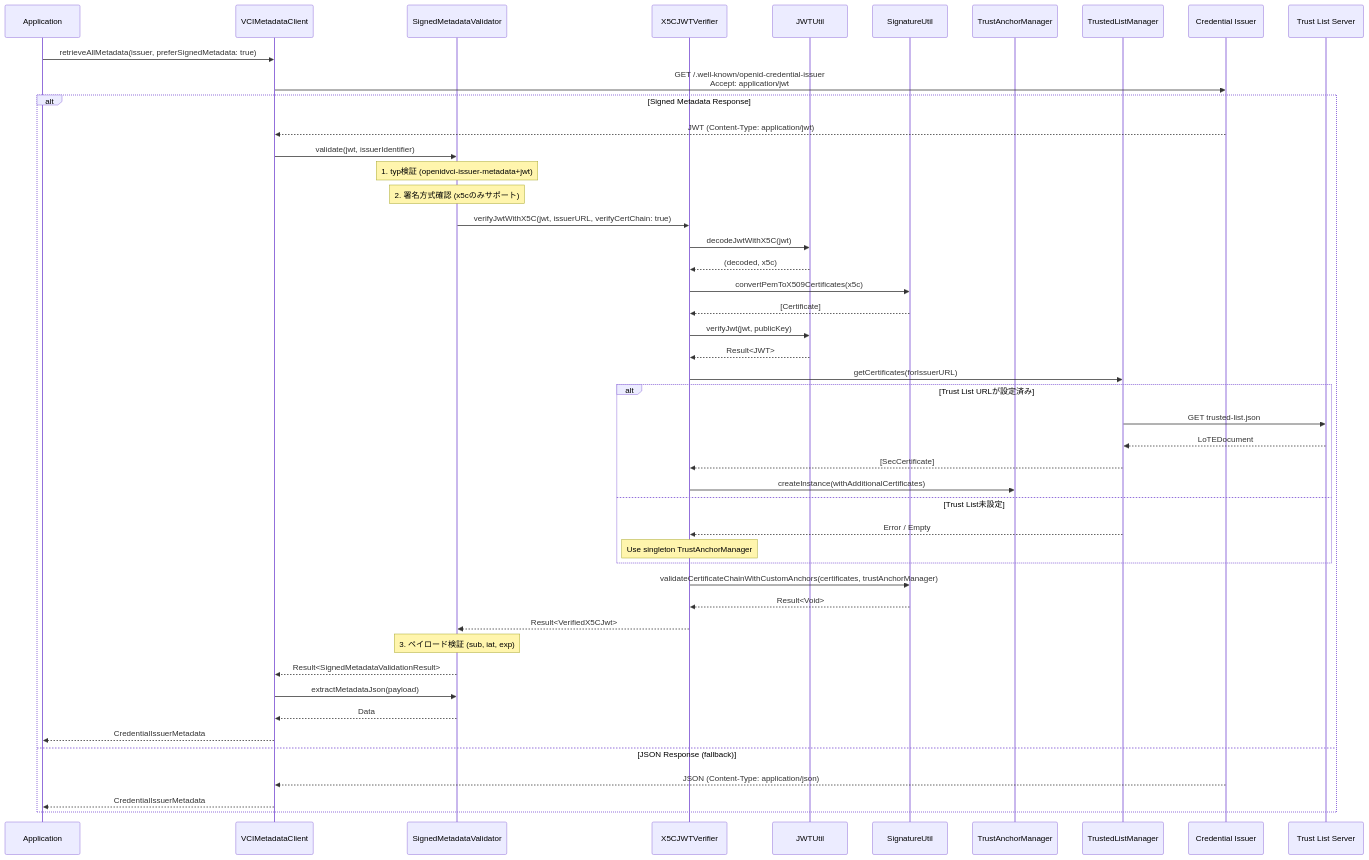
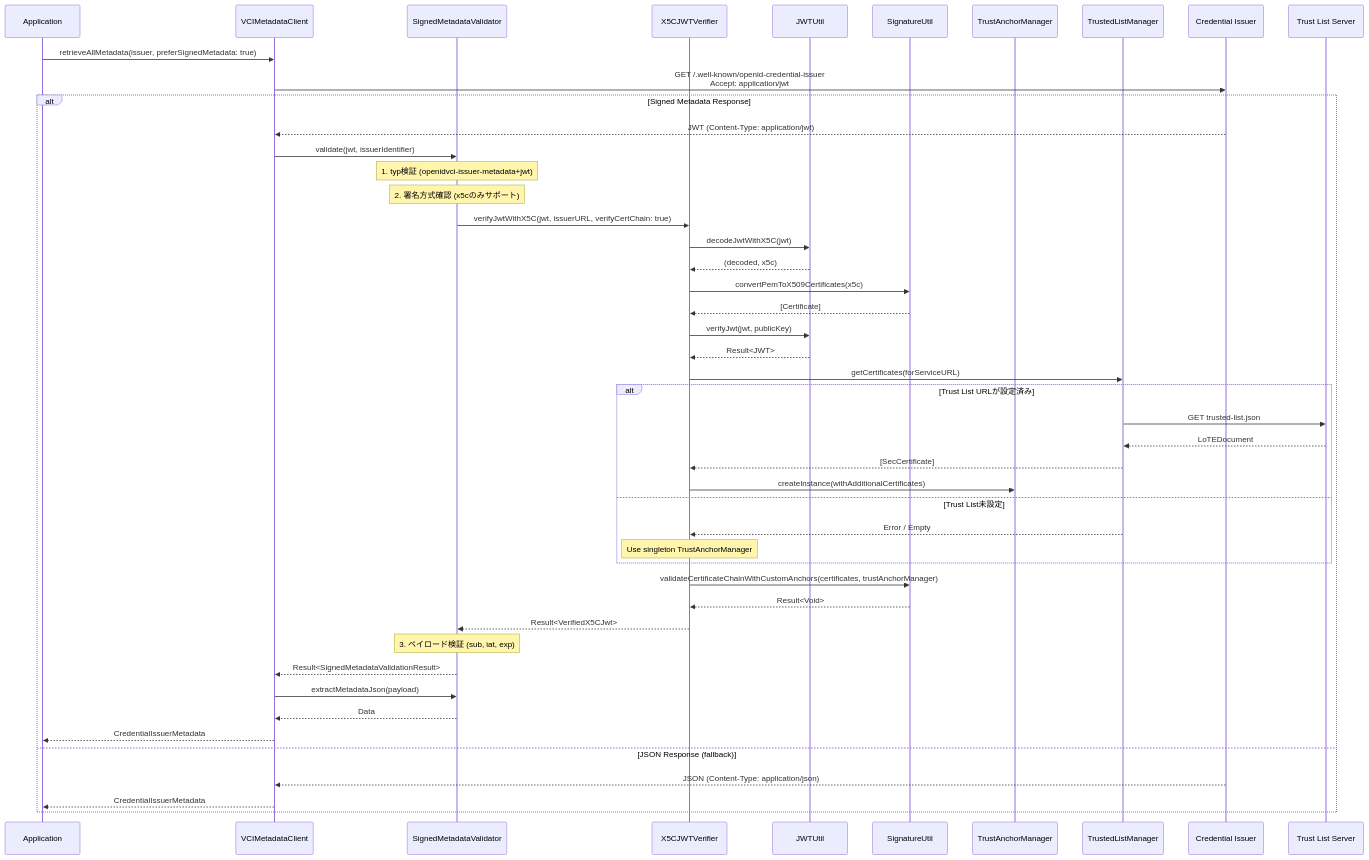
One commit to ryosuke-wakaba/OWND-Wallet-iOS changed the second of 4 diagrams in docs/features/credential-issuance/metadata-verification.md. Above: the diagram before and after it, drawn with Mermaid. The commit also changed other lines of this file and 4 other files, not shown here.

First line of the commit message:
refactor: Rename issuerURL to serviceURL in TrustedListManager

````diff
--- a/docs/features/credential-issuance/metadata-verification.md
+++ b/docs/features/credential-issuance/metadata-verification.md
@@ -122,64 +122,64 @@
 ```mermaid
 sequenceDiagram
     participant App as Application
     participant VMC as VCIMetadataClient
     participant SMV as SignedMetadataValidator
     participant X5C as X5CJWTVerifier
     participant JWT as JWTUtil
     participant SIG as SignatureUtil
     participant TAM as TrustAnchorManager
     participant TLM as TrustedListManager
     participant Issuer as Credential Issuer
     participant TL as Trust List Server
 
     App->>VMC: retrieveAllMetadata(issuer, preferSignedMetadata: true)
     VMC->>Issuer: GET /.well-known/openid-credential-issuer<br/>Accept: application/jwt
 
     alt Signed Metadata Response
         Issuer-->>VMC: JWT (Content-Type: application/jwt)
         VMC->>SMV: validate(jwt, issuerIdentifier)
 
         Note over SMV: 1. typ検証 (openidvci-issuer-metadata+jwt)
         Note over SMV: 2. 署名方式確認 (x5cのみサポート)
 
         SMV->>X5C: verifyJwtWithX5C(jwt, issuerURL, verifyCertChain: true)
 
         X5C->>JWT: decodeJwtWithX5C(jwt)
         JWT-->>X5C: (decoded, x5c)
 
         X5C->>SIG: convertPemToX509Certificates(x5c)
         SIG-->>X5C: [Certificate]
 
         X5C->>JWT: verifyJwt(jwt, publicKey)
         JWT-->>X5C: Result<JWT>
 
-        X5C->>TLM: getCertificates(forIssuerURL)
+        X5C->>TLM: getCertificates(forServiceURL)
 
         alt Trust List URLが設定済み
             TLM->>TL: GET trusted-list.json
             TL-->>TLM: LoTEDocument
             TLM-->>X5C: [SecCertificate]
             X5C->>TAM: createInstance(withAdditionalCertificates)
         else Trust List未設定
             TLM-->>X5C: Error / Empty
             Note over X5C: Use singleton TrustAnchorManager
         end
 
         X5C->>SIG: validateCertificateChainWithCustomAnchors(certificates, trustAnchorManager)
         SIG-->>X5C: Result<Void>
 
         X5C-->>SMV: Result<VerifiedX5CJwt>
 
         Note over SMV: 3. ペイロード検証 (sub, iat, exp)
 
         SMV-->>VMC: Result<SignedMetadataValidationResult>
 
         VMC->>SMV: extractMetadataJson(payload)
         SMV-->>VMC: Data
         VMC-->>App: CredentialIssuerMetadata
 
     else JSON Response (fallback)
         Issuer-->>VMC: JSON (Content-Type: application/json)
         VMC-->>App: CredentialIssuerMetadata
     end
 ```
````
